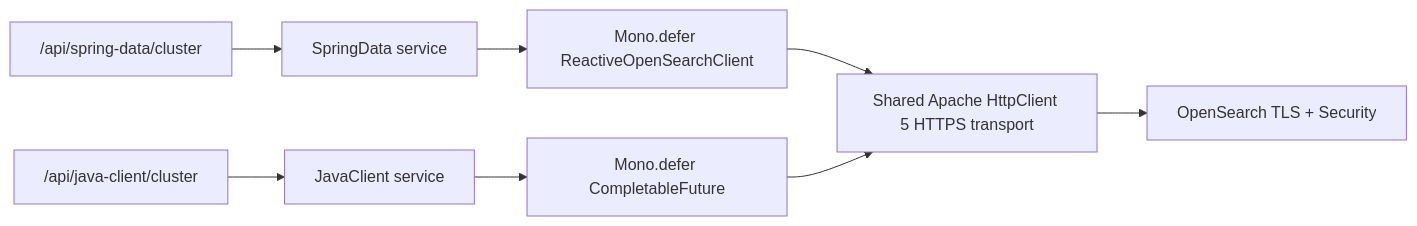
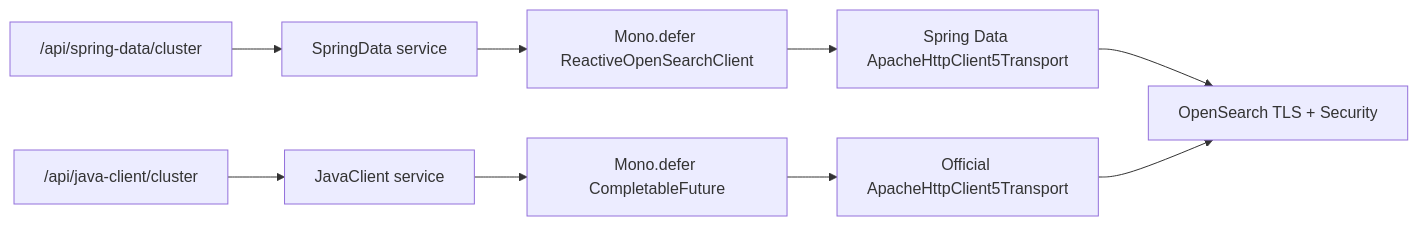
One commit to tirmizee/spring-webflux-opensearch-learning changed the diagram in 02-security-and-tls/README.md. Above: the diagram before and after it, drawn with Mermaid. The commit also changed other lines of this file and 22 other files, not shown here.

````diff
--- a/02-security-and-tls/README.md
+++ b/02-security-and-tls/README.md
@@ -133,10 +160,11 @@
 ```mermaid
 flowchart LR
   A["/api/spring-data/cluster"] --> B["SpringData service"]
   B --> C["Mono.defer ReactiveOpenSearchClient"]
   D["/api/java-client/cluster"] --> E["JavaClient service"]
   E --> F["Mono.defer CompletableFuture"]
-  C --> G["Shared Apache HttpClient 5 HTTPS transport"]
-  F --> G
-  G --> H["OpenSearch TLS + Security"]
+  C --> G["Spring Data ApacheHttpClient5Transport"]
+  F --> H["Official ApacheHttpClient5Transport"]
+  G --> I["OpenSearch TLS + Security"]
+  H --> I
 ```
````
